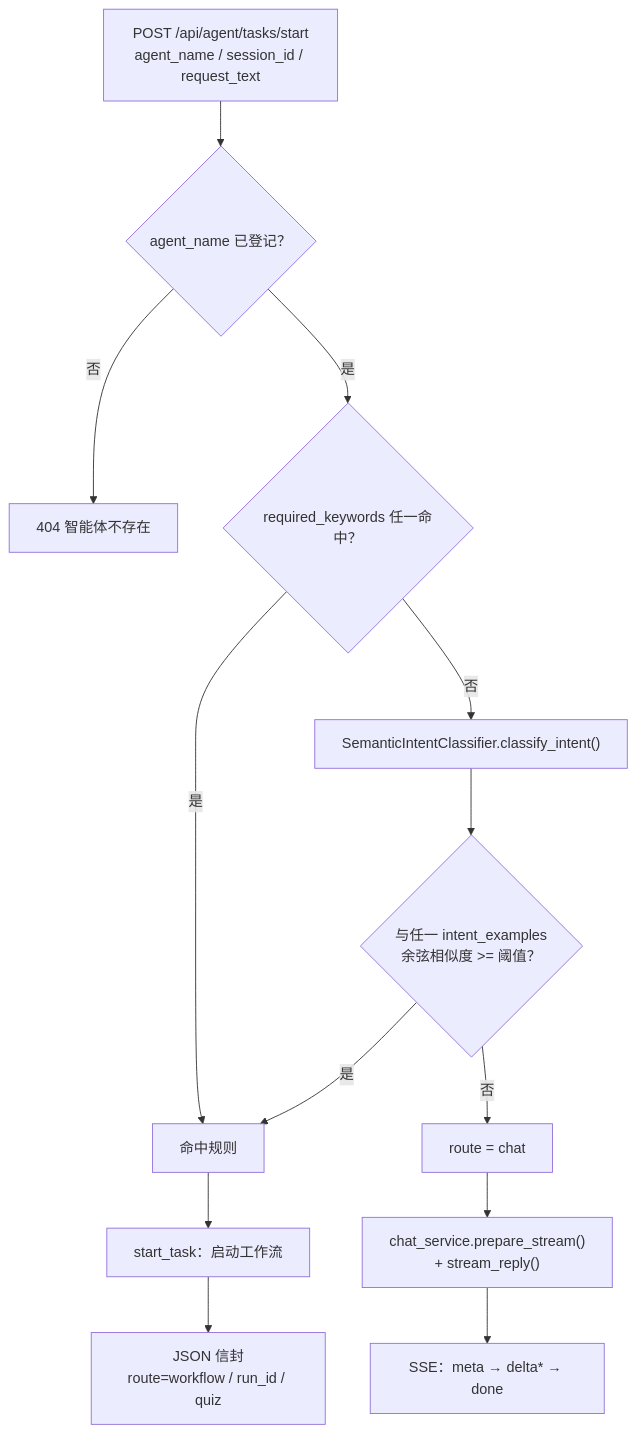
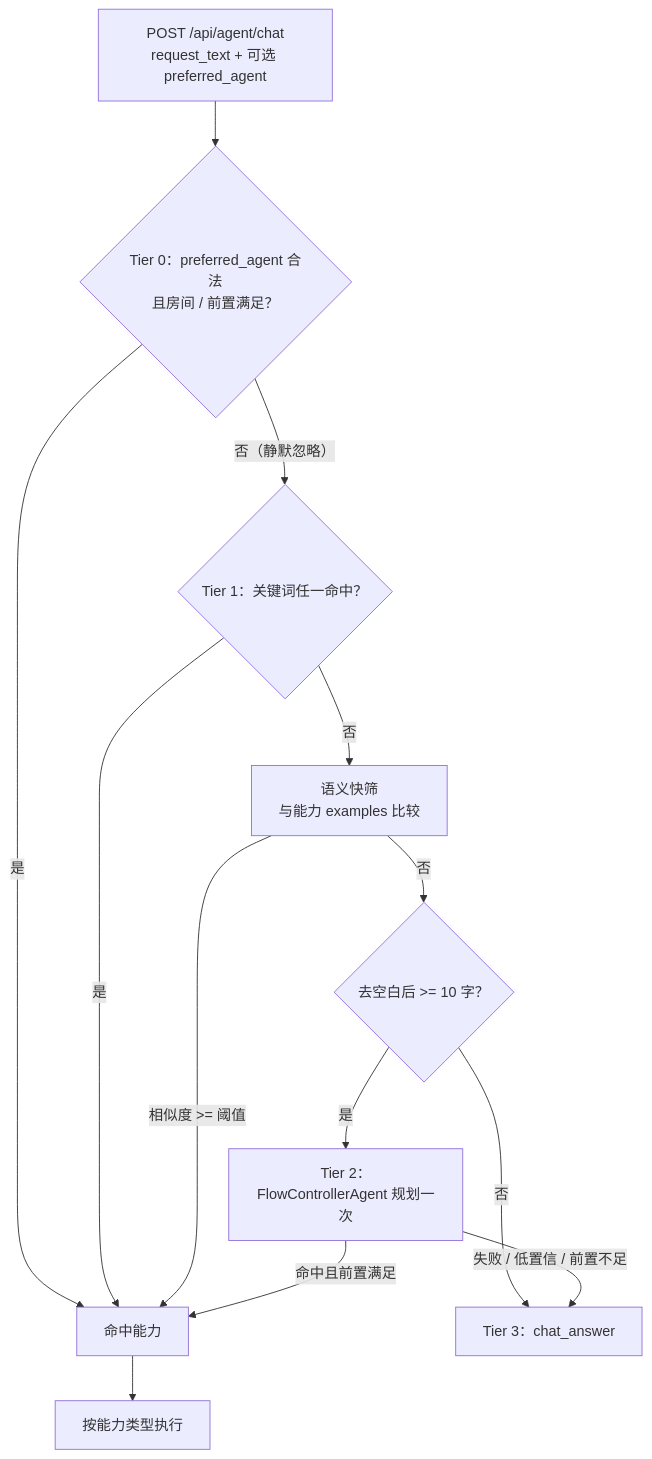
One commit to jiayinjiang-pistachio/study-pass-ai changed the first of 7 diagrams in agent-backend/docs/orchestrator-workflow-design.md. Above: the diagram before and after it, drawn with Mermaid. The commit also changed other lines of this file and 56 other files, not shown here.

````diff
--- a/agent-backend/docs/orchestrator-workflow-design.md
+++ b/agent-backend/docs/orchestrator-workflow-design.md
@@ -37,15 +64,15 @@
 ```mermaid
 flowchart TD
-    A["POST /api/agent/tasks/start<br/>agent_name / session_id / request_text"] --> B{"agent_name 已登记？"}
-    B -- 否 --> C["404 智能体不存在"]
-    B -- 是 --> D{"required_keywords 任一命中？"}
-    D -- 是 --> E["命中规则"]
-    D -- 否 --> F["SemanticIntentClassifier.classify_intent()"]
-    F --> G{"与任一 intent_examples<br/>余弦相似度 >= 阈值？"}
-    G -- 是 --> E
-    G -- 否 --> H["route = chat"]
-    E --> I["start_task：启动工作流"]
-    I --> J["JSON 信封<br/>route=workflow / run_id / quiz"]
-    H --> K["chat_service.prepare_stream()<br/>+ stream_reply()"]
-    K --> L["SSE：meta → delta* → done"]
+    A["POST /api/agent/chat<br/>request_text + 可选 preferred_agent"] --> B{"Tier 0：preferred_agent 合法<br/>且房间 / 前置满足？"}
+    B -- 是 --> E["命中能力"]
+    B -- 否（静默忽略） --> C{"Tier 1：关键词任一命中？"}
+    C -- 是 --> E
+    C -- 否 --> D["语义快筛<br/>与能力 examples 比较"]
+    D -- 相似度 >= 阈值 --> E
+    D -- 否 --> F{"去空白后 >= 10 字？"}
+    F -- 否 --> H["Tier 3：chat_answer"]
+    F -- 是 --> G["Tier 2：FlowControllerAgent 规划一次"]
+    G -- 命中且前置满足 --> E
+    G -- 失败 / 低置信 / 前置不足 --> H
+    E --> I["按能力类型执行"]
 ```
````
